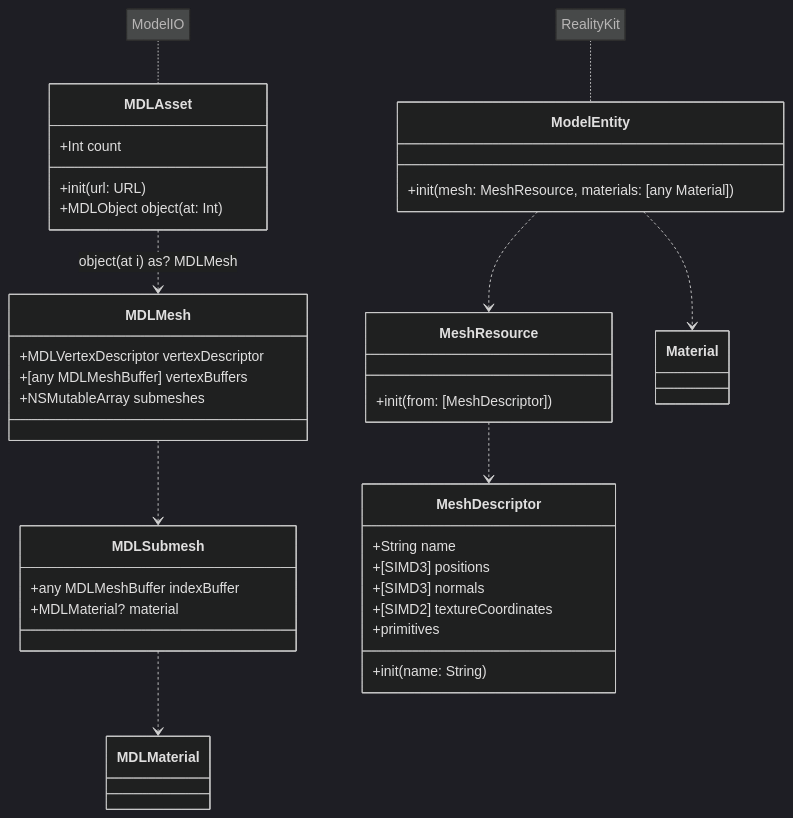
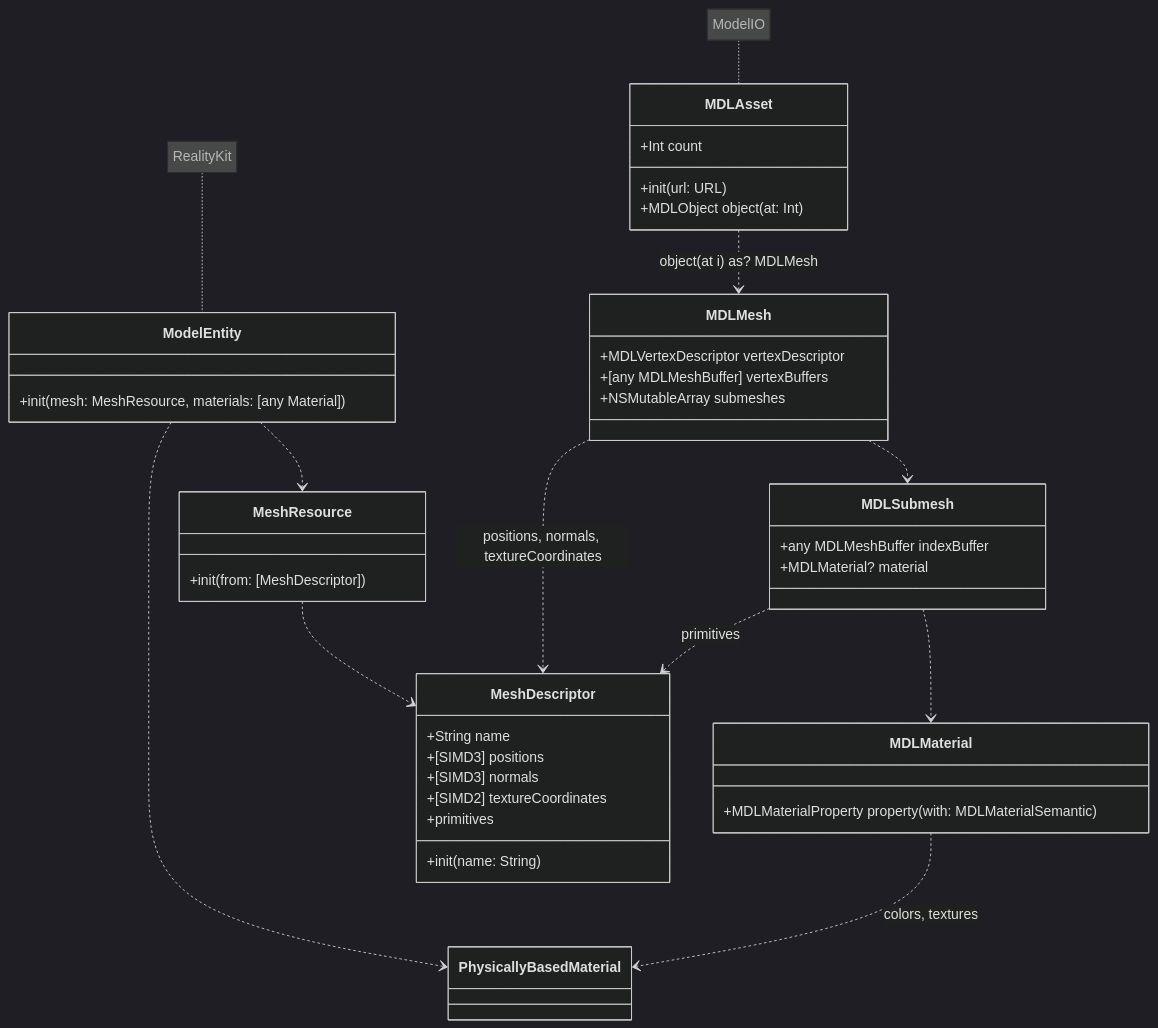
The diagram in README.md (radcli14/ModelIO-to-RealityKit), drawn with Mermaid (dark theme) before and after one commit.

Commit message:
updated diagram

````diff
--- a/README.md
+++ b/README.md
@@ -62,54 +62,57 @@
 ```mermaid
 classDiagram
     note for MDLAsset "ModelIO"
     note for ModelEntity "RealityKit"
 
     MDLAsset ..> MDLMesh : object(at i) as? MDLMesh
     MDLMesh ..> MDLSubmesh
     MDLSubmesh ..> MDLMaterial
     class MDLAsset {
         +Int count
         +init(url: URL)
         +MDLObject object(at: Int) 
     }
 
     class MDLMesh {
         +MDLVertexDescriptor vertexDescriptor 
         +[any MDLMeshBuffer] vertexBuffers
         +NSMutableArray submeshes 
     }
 
     class MDLSubmesh {
         +any MDLMeshBuffer indexBuffer
         +MDLMaterial? material
     }
 
     class MDLMaterial {
-
+        +MDLMaterialProperty property(with: MDLMaterialSemantic)
     }
 
-    %%MDLAsset ..> ModelEntity : "getModelEntity()"
     ModelEntity ..> MeshResource
-    ModelEntity ..> Material
+    ModelEntity ..> PhysicallyBasedMaterial
     MeshResource ..> MeshDescriptor
     class ModelEntity {
         +init(mesh: MeshResource, materials: [any Material])
     }
 
     class MeshResource {
         +init(from: [MeshDescriptor])
     }
 
     class MeshDescriptor {
         +String name
         +[SIMD3] positions
         +[SIMD3] normals
         +[SIMD2] textureCoordinates
         +primitives
         +init(name: String)
     }
 
-    class Material {
+    class PhysicallyBasedMaterial {
         
     }
+
+    MDLMesh ..> MeshDescriptor : positions, normals, textureCoordinates
+    MDLSubmesh ..> MeshDescriptor : primitives
+    MDLMaterial ..> PhysicallyBasedMaterial : colors, textures
 ```
````
